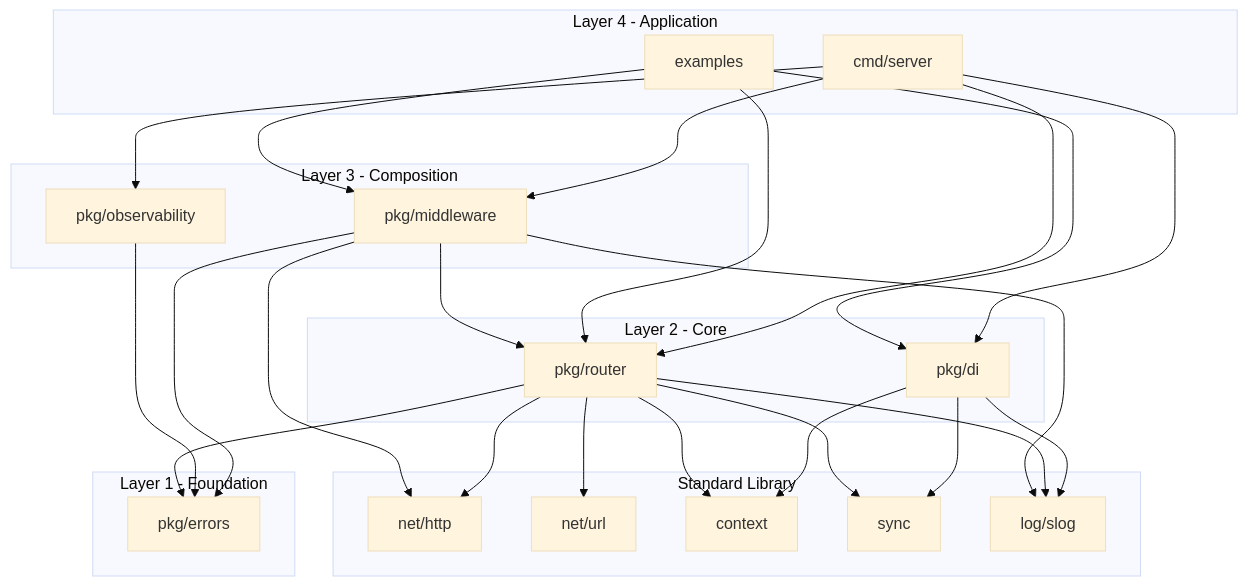
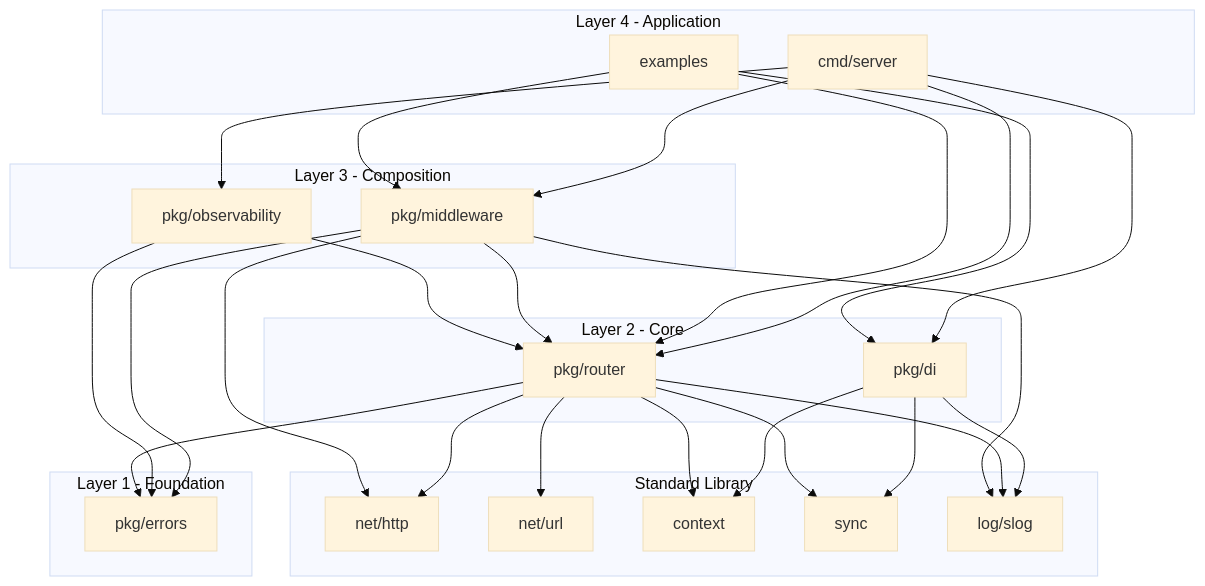
Before and after one commit to nsk-2003/lightweight-http: the diagram in docs/design/packagedesign.md, drawn with Mermaid (base theme). The commit also changed other lines of this file and 8 other files, not shown here.

````diff
--- a/docs/design/packagedesign.md
+++ b/docs/design/packagedesign.md
@@ -9,47 +9,48 @@
 ```mermaid
 flowchart TB
   subgraph app [Layer 4 - Application]
     cmdMain[cmd/server]
     examplesPkg[examples]
   end
   subgraph composition [Layer 3 - Composition]
     middlewarePkg[pkg/middleware]
     observabilityPkg[pkg/observability]
   end
   subgraph core [Layer 2 - Core]
     routerPkg[pkg/router]
     diPkg[pkg/di]
   end
   subgraph foundation [Layer 1 - Foundation]
     errorsPkg[pkg/errors]
   end
   subgraph stdlib [Standard Library]
     nethttp[net/http]
     neturl[net/url]
     ctx[context]
     syncp[sync]
     slog[log/slog]
   end
 
   cmdMain --> routerPkg
   cmdMain --> middlewarePkg
   cmdMain --> observabilityPkg
   cmdMain --> diPkg
   examplesPkg --> routerPkg
   examplesPkg --> middlewarePkg
   examplesPkg --> diPkg
   middlewarePkg --> routerPkg
   middlewarePkg --> errorsPkg
   observabilityPkg --> errorsPkg
+  observabilityPkg --> routerPkg
   routerPkg --> errorsPkg
   diPkg --> ctx
   diPkg --> syncp
   diPkg --> slog
   routerPkg --> nethttp
   routerPkg --> neturl
   routerPkg --> ctx
   routerPkg --> syncp
   routerPkg --> slog
   middlewarePkg --> nethttp
   middlewarePkg --> slog
 ```
````
